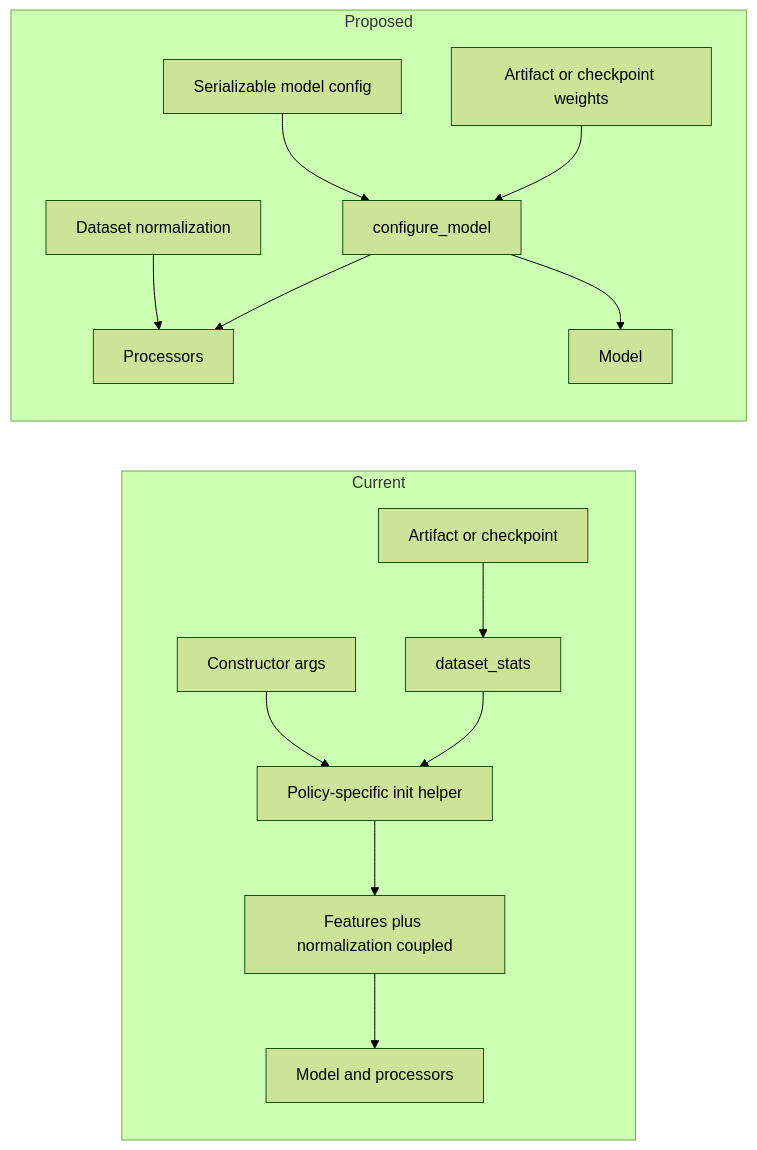
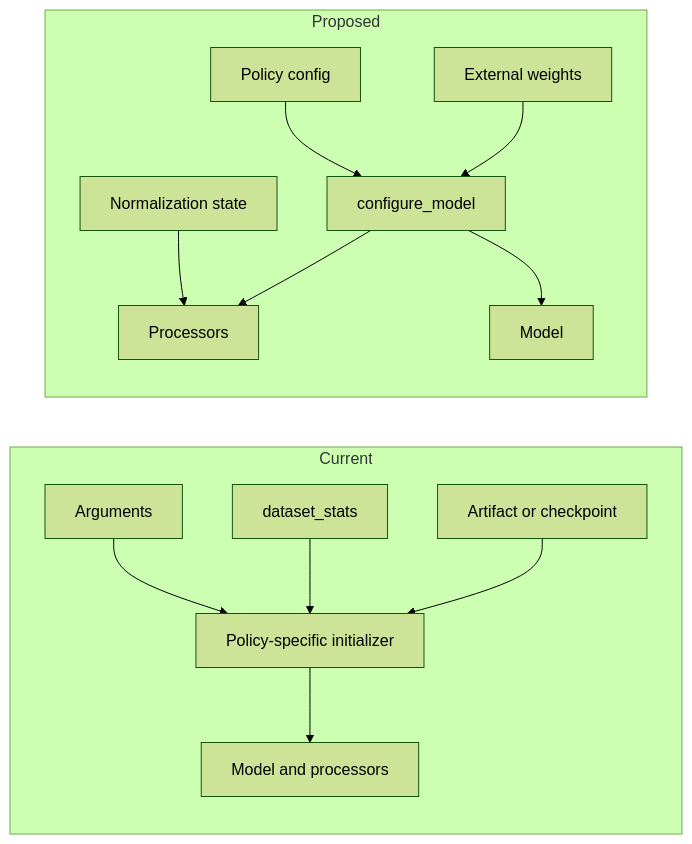
One commit to alfieroddan/physical-ai-studio changed the sixth of 6 diagrams in library/docs/explanation/policy/current-policies.md. Above: the diagram before and after it, drawn with Mermaid (forest theme). The commit also changed other lines of this file and 8 other files, not shown here.

````diff
--- a/library/docs/explanation/policy/current-policies.md
+++ b/library/docs/explanation/policy/current-policies.md
@@ -370,18 +235,17 @@
 ```mermaid
 flowchart LR
-    subgraph Before[Current]
-        B1[Constructor args] --> B4[Policy-specific init helper]
+    subgraph Current
+        B1[Arguments] --> B4[Policy-specific initializer]
         B2[dataset_stats] --> B4
-        B3[Artifact or checkpoint] --> B2
-        B4 --> B5[Features plus normalization coupled]
-        B5 --> B6[Model and processors]
+        B3[Artifact or checkpoint] --> B4
+        B4 --> B5[Model and processors]
     end
 
-    subgraph After[Proposed]
-        A1[Serializable model config] --> A4[configure_model]
-        A2[Dataset normalization] --> A5[Processors]
-        A3[Artifact or checkpoint weights] --> A4
+    subgraph Proposed
+        A1[Policy config] --> A4[configure_model]
+        A2[Normalization state] --> A5[Processors]
+        A3[External weights] --> A4
         A4 --> A6[Model]
         A4 --> A5
     end
 ```
````
